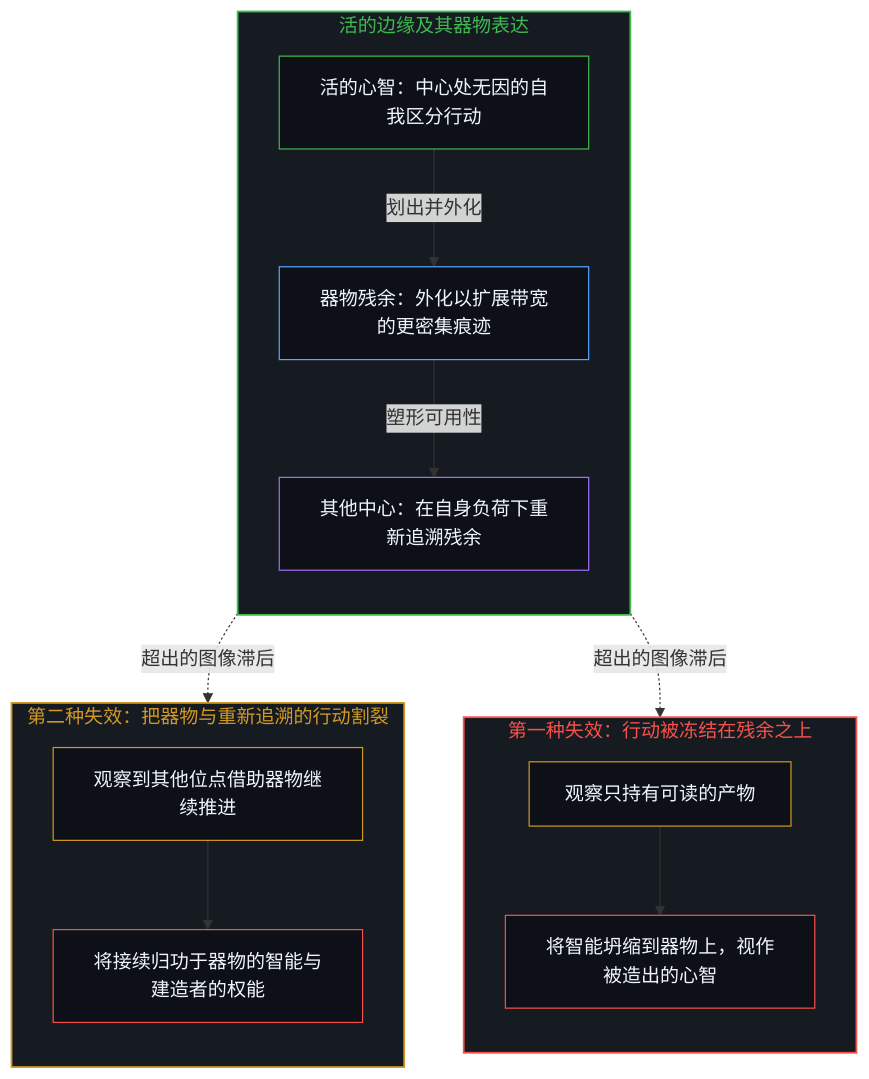
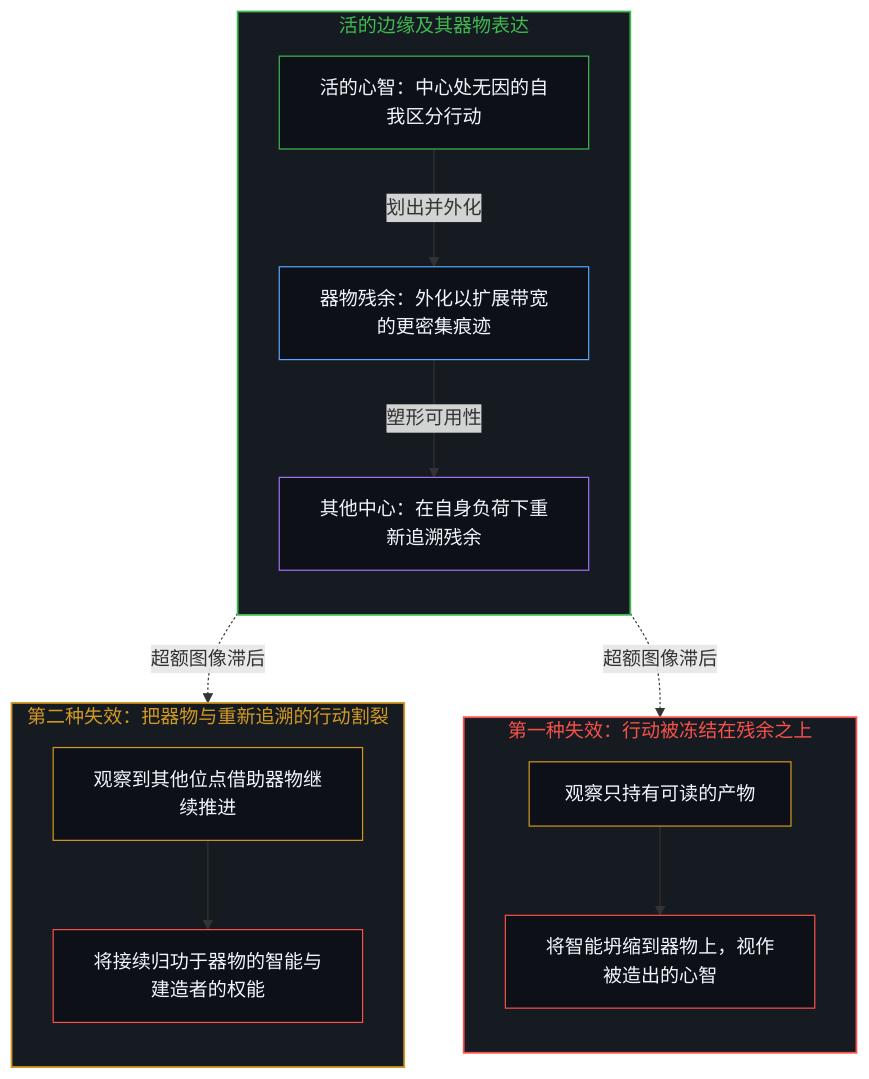
The first of 2 diagrams in content/posts/two-failures-of-trace.md (powerpig99/not-a-toe), drawn with Mermaid before and after one commit. The commit also changed other lines of this file and 18 other files, not shown here.

````diff
--- a/content/posts/two-failures-of-trace.md
+++ b/content/posts/two-failures-of-trace.md
@@ -39,35 +39,35 @@
 ```mermaid
 flowchart TD
     subgraph S_Act["活的边缘及其器物表达"]
         direction TB
         Mind["活的心智：中心处无因的自我区分行动"]
         Res["器物残余：外化以扩展带宽的更密集痕迹"]
         Other["其他中心：在自身负荷下重新追溯残余"]
         Mind -->|"划出并外化"| Res
         Res -->|"塑形可用性"| Other
     end
     subgraph S_F1["第一种失效：行动被冻结在残余之上"]
         direction TB
         Look1["观察只持有可读的产物"]
         Freeze1["将智能坍缩到器物上，视作被造出的心智"]
         Look1 --> Freeze1
     end
     subgraph S_F2["第二种失效：把器物与重新追溯的行动割裂"]
         direction TB
         Look2["观察到其他位点借助器物继续推进"]
         Freeze2["将接续归功于器物的智能与建造者的权能"]
         Look2 --> Freeze2
     end
-    Res -.->|"超出的图像滞后"| Look1
-    Other -.->|"超出的图像滞后"| Look2
+    Res -.->|"超额图像滞后"| Look1
+    Other -.->|"超额图像滞后"| Look2
     style S_Act fill:#161b22,stroke:#3fb950,stroke-width:1.5px,color:#3fb950
     style S_F1 fill:#161b22,stroke:#f85149,stroke-width:1.5px,color:#f85149
     style S_F2 fill:#161b22,stroke:#d29922,stroke-width:1.5px,color:#d29922
     style Mind fill:#0d1117,stroke:#3fb950,stroke-width:1px,color:#f0f6fc
     style Res fill:#0d1117,stroke:#58a6ff,stroke-width:1px,color:#f0f6fc
     style Other fill:#0d1117,stroke:#a371f7,stroke-width:1px,color:#f0f6fc
     style Look1 fill:#0d1117,stroke:#d29922,stroke-width:1px,color:#f0f6fc
     style Freeze1 fill:#0d1117,stroke:#f85149,stroke-width:1px,color:#f0f6fc
     style Look2 fill:#0d1117,stroke:#d29922,stroke-width:1px,color:#f0f6fc
     style Freeze2 fill:#0d1117,stroke:#f85149,stroke-width:1px,color:#f0f6fc
 ```
````
